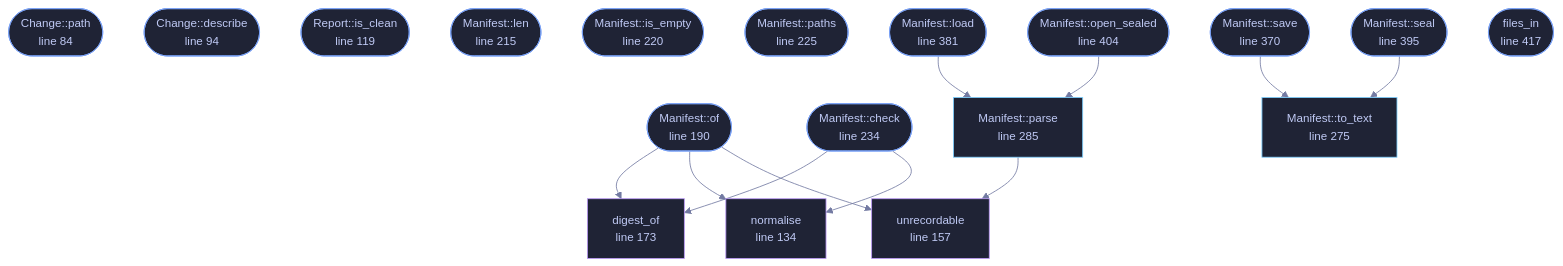
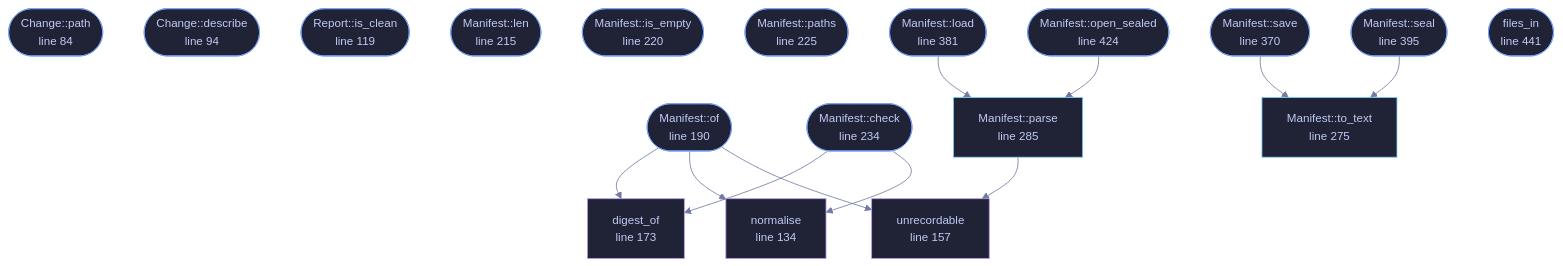
Before and after one commit to tilas01/veilvoice: the diagram in wiki/File-veilvoice-guard-manifest.md, drawn with Mermaid. The commit also changed other lines of this file and 44 other files, not shown here.

````diff
--- a/wiki/File-veilvoice-guard-manifest.md
+++ b/wiki/File-veilvoice-guard-manifest.md
@@ -90,56 +90,56 @@
 ```mermaid
 %%{init: {"theme":"base","themeVariables":{"background":"#1a1b26","primaryColor":"#1f2335","primaryTextColor":"#c0caf5","primaryBorderColor":"#7aa2f7","secondaryColor":"#16161e","tertiaryColor":"#16161e","lineColor":"#737aa2","textColor":"#c0caf5","mainBkg":"#1f2335","nodeBorder":"#7aa2f7","clusterBkg":"#16161e","clusterBorder":"#2f3549","fontFamily":"ui-monospace, SFMono-Regular, Consolas, monospace","fontSize":"14px"}}}%%
 flowchart TD
     n_path(["Change::path<br/>line 84"])
     n_describe(["Change::describe<br/>line 94"])
     n_is_clean(["Report::is_clean<br/>line 119"])
     n_normalise["normalise<br/>line 134"]
     n_unrecordable["unrecordable<br/>line 157"]
     n_digest_of["digest_of<br/>line 173"]
     n_of(["Manifest::of<br/>line 190"])
     n_len(["Manifest::len<br/>line 215"])
     n_is_empty(["Manifest::is_empty<br/>line 220"])
     n_paths(["Manifest::paths<br/>line 225"])
     n_check(["Manifest::check<br/>line 234"])
     n_to_text["Manifest::to_text<br/>line 275"]
     n_parse["Manifest::parse<br/>line 285"]
     n_save(["Manifest::save<br/>line 370"])
     n_load(["Manifest::load<br/>line 381"])
     n_seal(["Manifest::seal<br/>line 395"])
-    n_open_sealed(["Manifest::open_sealed<br/>line 404"])
-    n_files_in(["files_in<br/>line 417"])
+    n_open_sealed(["Manifest::open_sealed<br/>line 424"])
+    n_files_in(["files_in<br/>line 441"])
     n_check --> n_digest_of
     n_check --> n_normalise
     n_load --> n_parse
     n_of --> n_digest_of
     n_of --> n_normalise
     n_of --> n_unrecordable
     n_open_sealed --> n_parse
     n_parse --> n_unrecordable
     n_save --> n_to_text
     n_seal --> n_to_text
     click n_path href "https://github.com/tilas01/veilvoice/blob/main/crates/veilvoice-guard/src/manifest.rs#L84" "open the source"
     click n_describe href "https://github.com/tilas01/veilvoice/blob/main/crates/veilvoice-guard/src/manifest.rs#L94" "open the source"
     click n_is_clean href "https://github.com/tilas01/veilvoice/blob/main/crates/veilvoice-guard/src/manifest.rs#L119" "open the source"
     click n_normalise href "https://github.com/tilas01/veilvoice/blob/main/crates/veilvoice-guard/src/manifest.rs#L134" "open the source"
     click n_unrecordable href "https://github.com/tilas01/veilvoice/blob/main/crates/veilvoice-guard/src/manifest.rs#L157" "open the source"
     click n_digest_of href "https://github.com/tilas01/veilvoice/blob/main/crates/veilvoice-guard/src/manifest.rs#L173" "open the source"
     click n_of href "https://github.com/tilas01/veilvoice/blob/main/crates/veilvoice-guard/src/manifest.rs#L190" "open the source"
     click n_len href "https://github.com/tilas01/veilvoice/blob/main/crates/veilvoice-guard/src/manifest.rs#L215" "open the source"
     click n_is_empty href "https://github.com/tilas01/veilvoice/blob/main/crates/veilvoice-guard/src/manifest.rs#L220" "open the source"
     click n_paths href "https://github.com/tilas01/veilvoice/blob/main/crates/veilvoice-guard/src/manifest.rs#L225" "open the source"
     click n_check href "https://github.com/tilas01/veilvoice/blob/main/crates/veilvoice-guard/src/manifest.rs#L234" "open the source"
     click n_to_text href "https://github.com/tilas01/veilvoice/blob/main/crates/veilvoice-guard/src/manifest.rs#L275" "open the source"
     click n_parse href "https://github.com/tilas01/veilvoice/blob/main/crates/veilvoice-guard/src/manifest.rs#L285" "open the source"
     click n_save href "https://github.com/tilas01/veilvoice/blob/main/crates/veilvoice-guard/src/manifest.rs#L370" "open the source"
     click n_load href "https://github.com/tilas01/veilvoice/blob/main/crates/veilvoice-guard/src/manifest.rs#L381" "open the source"
     click n_seal href "https://github.com/tilas01/veilvoice/blob/main/crates/veilvoice-guard/src/manifest.rs#L395" "open the source"
-    click n_open_sealed href "https://github.com/tilas01/veilvoice/blob/main/crates/veilvoice-guard/src/manifest.rs#L404" "open the source"
-    click n_files_in href "https://github.com/tilas01/veilvoice/blob/main/crates/veilvoice-guard/src/manifest.rs#L417" "open the source"
+    click n_open_sealed href "https://github.com/tilas01/veilvoice/blob/main/crates/veilvoice-guard/src/manifest.rs#L424" "open the source"
+    click n_files_in href "https://github.com/tilas01/veilvoice/blob/main/crates/veilvoice-guard/src/manifest.rs#L441" "open the source"
     classDef entry fill:#1f2335,stroke:#7aa2f7,color:#c0caf5
     class n_path,n_describe,n_is_clean,n_of,n_len,n_is_empty,n_paths,n_check,n_save,n_load,n_seal,n_open_sealed,n_files_in entry
     classDef api fill:#1f2335,stroke:#7dcfff,color:#c0caf5
     class n_to_text,n_parse api
     classDef helper fill:#1f2335,stroke:#bb9af7,color:#c0caf5
     class n_normalise,n_unrecordable,n_digest_of helper
 ```
````
